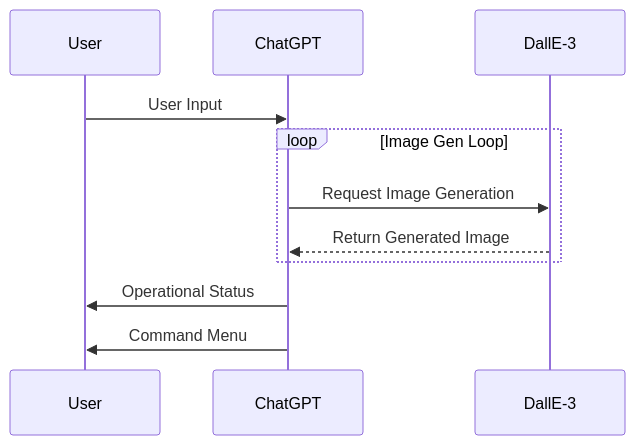
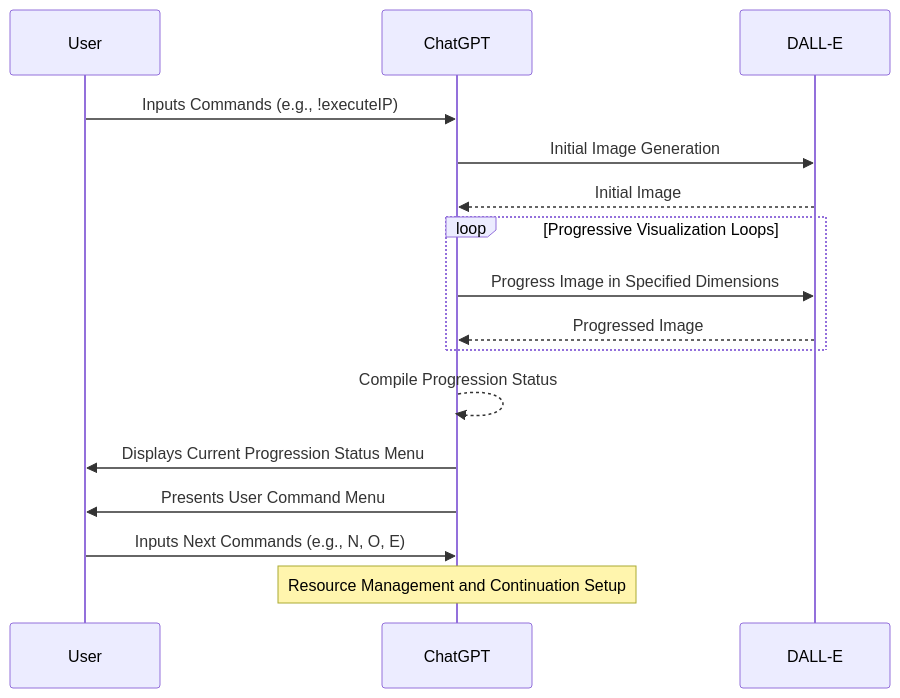
One commit to nerority/Advanced-GPTs changed the first of 11 diagrams in README.md. Above: the diagram before and after it, drawn with Mermaid. The commit also changed other lines of this file, not shown here.

````diff
--- a/README.md
+++ b/README.md
@@ -72,14 +77,19 @@
 ```mermaid
 sequenceDiagram
-    participant user as User
+    participant User
     participant ChatGPT
-    participant Dalle as DallE-3
+    participant DallE as DALL-E
 
-    user->>ChatGPT: User Input
-    loop Image Gen Loop
-        ChatGPT->>Dalle: Request Image Generation
-        Dalle-->>ChatGPT: Return Generated Image
+    User->>ChatGPT: Inputs Commands (e.g., !executeIP)
+    ChatGPT->>DallE: Initial Image Generation
+    DallE-->>ChatGPT: Initial Image
+    loop Progressive Visualization Loops
+        ChatGPT->>DallE: Progress Image in Specified Dimensions
+        DallE-->>ChatGPT: Progressed Image
     end
-    ChatGPT->>user: Operational Status
-    ChatGPT->>user: Command Menu
+    ChatGPT-->>ChatGPT: Compile Progression Status
+    ChatGPT->>User: Displays Current Progression Status Menu
+    ChatGPT->>User: Presents User Command Menu
+    User->>ChatGPT: Inputs Next Commands (e.g., N, O, E)
+    Note over ChatGPT: Resource Management and Continuation Setup
 ```
````
